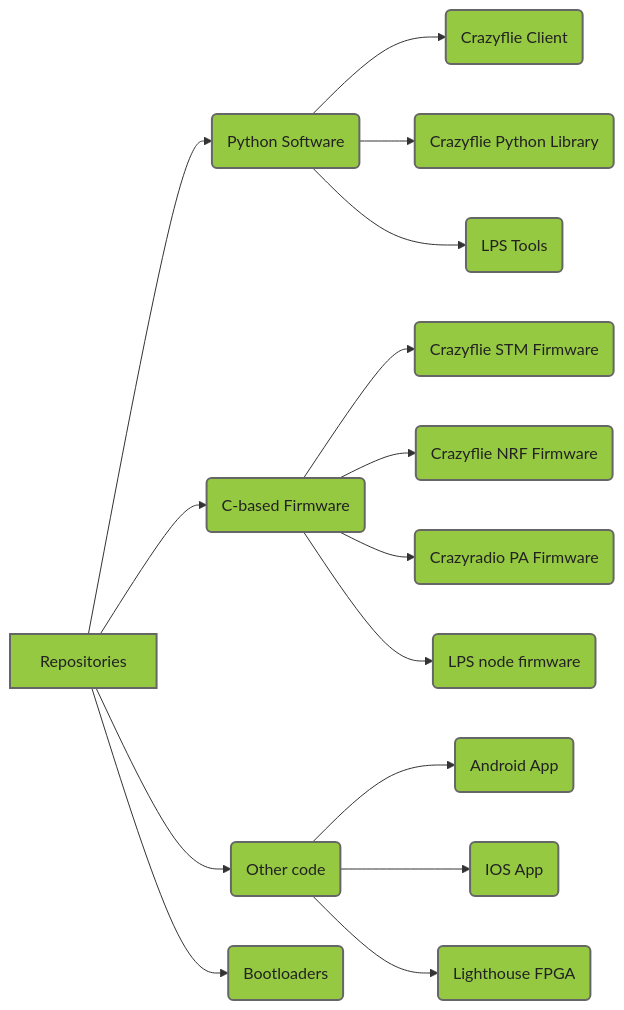
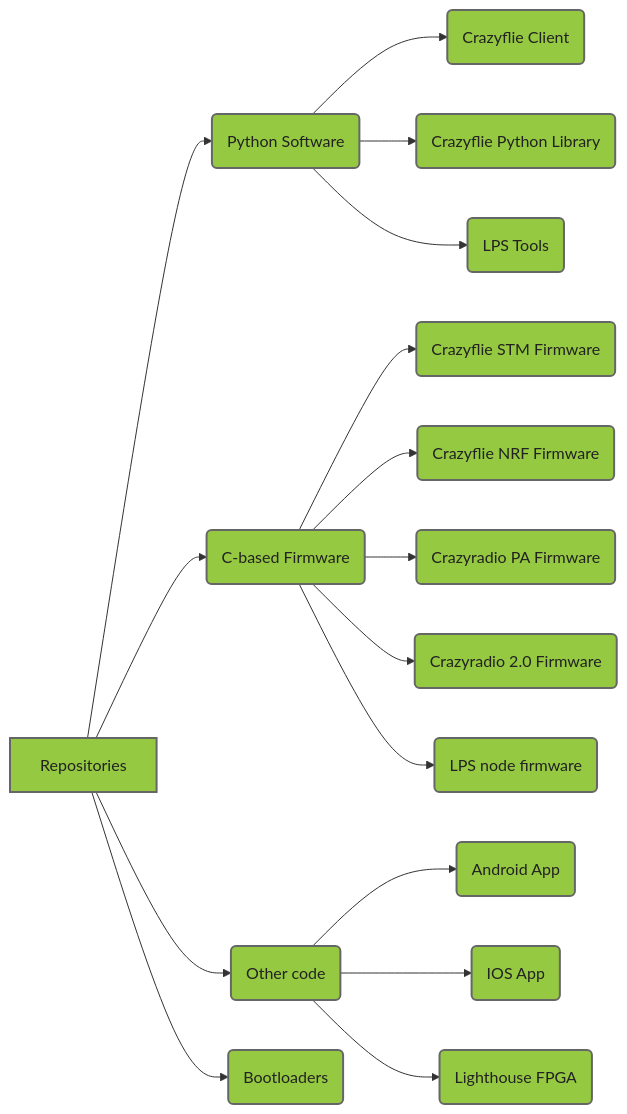
Before and after one commit to bitcraze/bitcraze-website: the third of 3 diagrams in src/documentation/system/doc_nav.md, drawn with Mermaid. The commit also changed other lines of this file and 17 other files, not shown here.

```diff
--- a/src/documentation/system/doc_nav.md
+++ b/src/documentation/system/doc_nav.md
@@ -61,23 +62,24 @@
 <div class="mermaid">
 graph LR
 repos[Repositories]:::bc --> python(Python Software):::bc
 repos --> c(C-based Firmware):::bc
 repos --> other(Other code):::bc
 repos --> bootloaders(Bootloaders):::bc
 
 python --> cfclient(Crazyflie Client):::bc
 python --> cflib(Crazyflie Python Library):::bc
 python --> lpstools(LPS Tools):::bc
 
 c --> crazyfliestm(Crazyflie STM Firmware):::bc
 c --> crazyflienrf(Crazyflie NRF Firmware):::bc
 c --> crpa(Crazyradio PA Firmware):::bc
+c --> cr20(Crazyradio 2.0 Firmware):::bc
 c --> lpsnode(LPS node firmware):::bc
 
 other --> android(Android App):::bc
 other --> ios(IOS App):::bc
 other --> LHfpga(Lighthouse FPGA):::bc
 
 click repos "https://www.bitcraze.io/documentation/repository/"
 classDef bc fill:#95C941,stroke:#666666,stroke-width:2px,color:#222222;
 </div>
```
